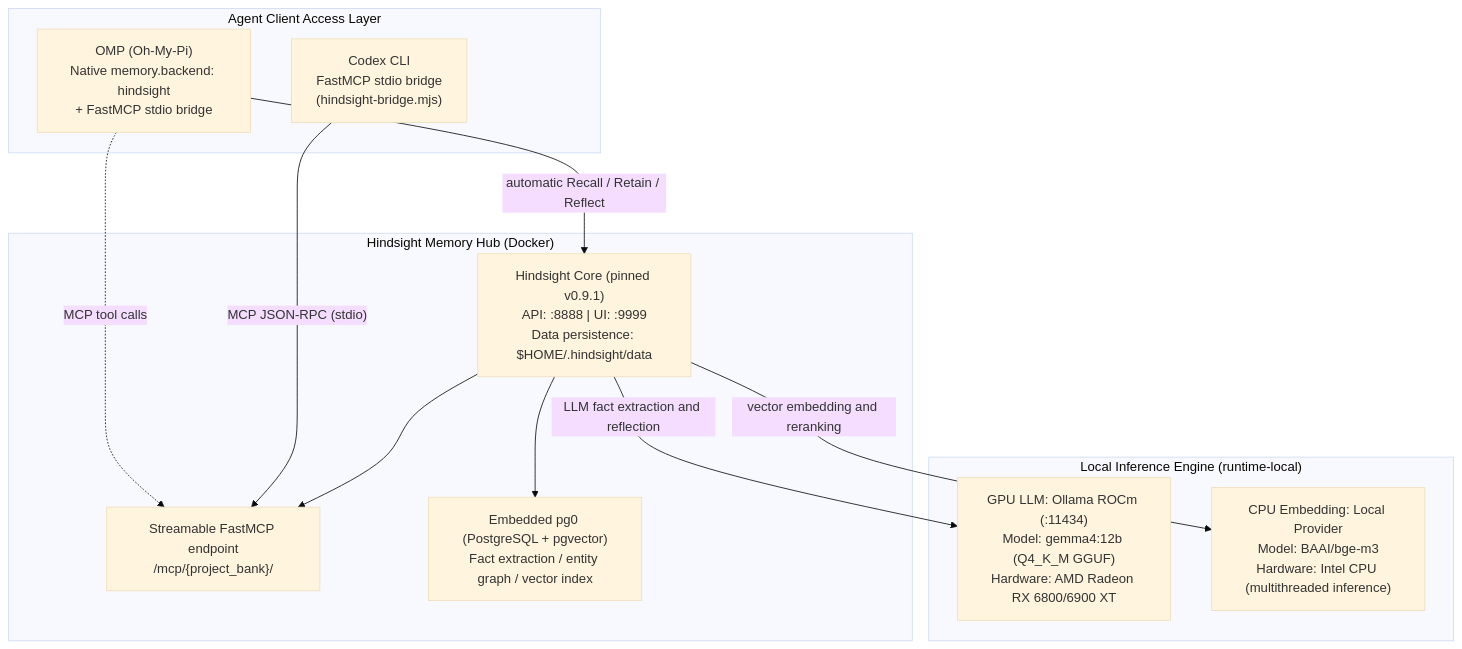
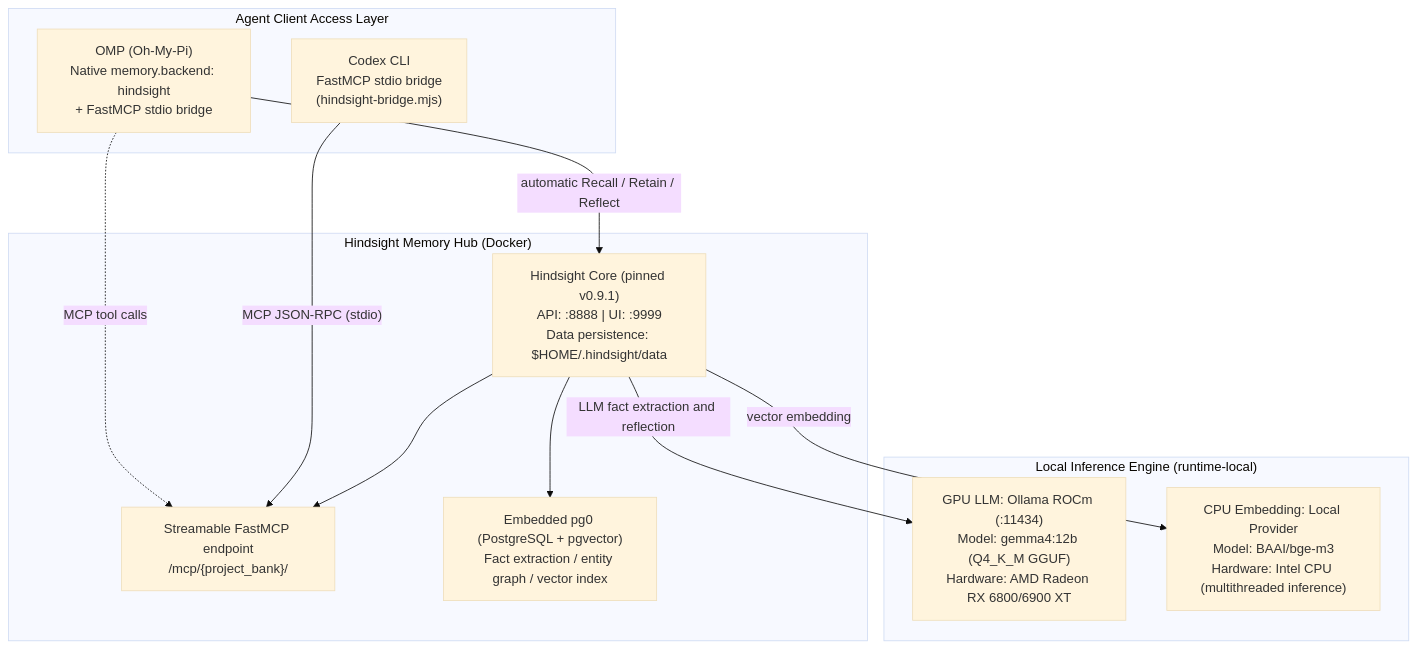
One commit to DavidHLP/DavidHLP.github.io changed the diagram in content/blog/legacy/note/en/hindsight-local-deployment.md. Above: the diagram before and after it, drawn with Mermaid (base theme). The commit also changed other lines of this file and 24 other files, not shown here.

````diff
--- a/content/blog/legacy/note/en/hindsight-local-deployment.md
+++ b/content/blog/legacy/note/en/hindsight-local-deployment.md
@@ -83,26 +83,26 @@
 ```mermaid
 flowchart TD
   subgraph Agent_Layer["Agent Client Access Layer"]
     OMP["OMP (Oh-My-Pi)<br/>Native memory.backend: hindsight<br/>+ FastMCP stdio bridge"]
     Codex["Codex CLI<br/>FastMCP stdio bridge<br/>(hindsight-bridge.mjs)"]
   end
 
   subgraph Hindsight_Core["Hindsight Memory Hub (Docker)"]
     API["Hindsight Core (pinned v0.9.1)<br/>API: :8888 | UI: :9999<br/>Data persistence: $HOME/.hindsight/data"]
     FastMCP_EP["Streamable FastMCP endpoint<br/>/mcp/{project_bank}/"]
     PG0["Embedded pg0 (PostgreSQL + pgvector)<br/>Fact extraction / entity graph / vector index"]
   end
 
   subgraph Local_Inference["Local Inference Engine (runtime-local)"]
     OLLAMA["GPU LLM: Ollama ROCm (:11434)<br/>Model: gemma4:12b (Q4_K_M GGUF)<br/>Hardware: AMD Radeon RX 6800/6900 XT"]
     EMBED["CPU Embedding: Local Provider<br/>Model: BAAI/bge-m3<br/>Hardware: Intel CPU (multithreaded inference)"]
   end
 
   OMP -->|automatic Recall / Retain / Reflect| API
   OMP -.->|MCP tool calls| FastMCP_EP
   Codex -->|"MCP JSON-RPC (stdio)"| FastMCP_EP
   API --> FastMCP_EP
   API --> PG0
   API -->|LLM fact extraction and reflection| OLLAMA
-  API -->|vector embedding and reranking| EMBED
+  API -->|vector embedding| EMBED
 ```
````
